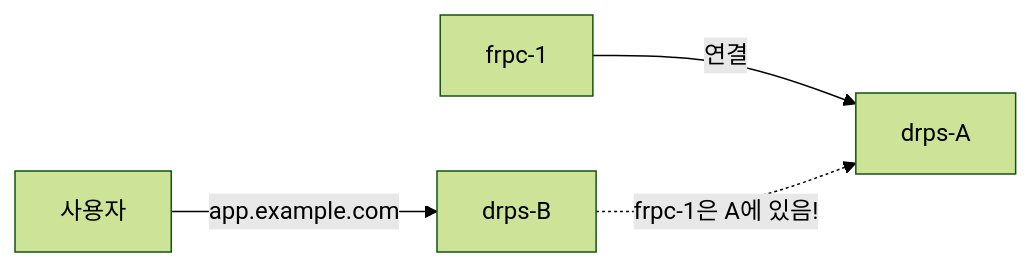
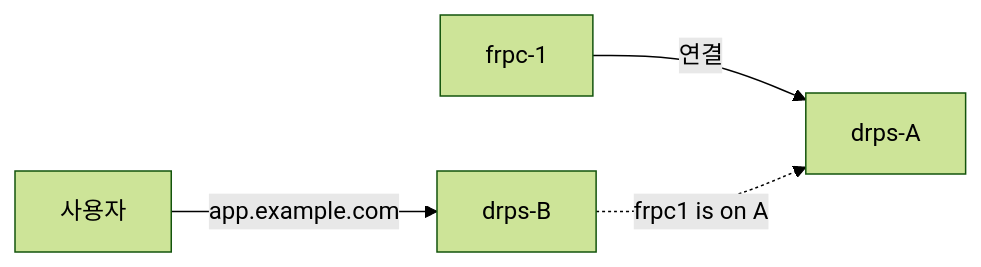
Before and after one commit to cagojeiger/drp: the seventh of 8 diagrams in docs/architecture/bridge-layer.md, drawn with Mermaid (forest theme). The commit also changed other lines of this file and 2 other files, not shown here.

First line of the commit message:
fix(docs): fix Mermaid syntax for VS Code compatibility

````diff
--- a/docs/architecture/bridge-layer.md
+++ b/docs/architecture/bridge-layer.md
@@ -135,11 +135,11 @@
 ```mermaid
 flowchart LR
     User[사용자]
     A[drps-A]
     B[drps-B]
     F1[frpc-1]
 
     F1 -->|연결| A
     User -->|"app.example.com"| B
-    B -.->|"frpc-1은 A에 있음!"| A
+    B -.->|frpc1 is on A| A
 ```
````
